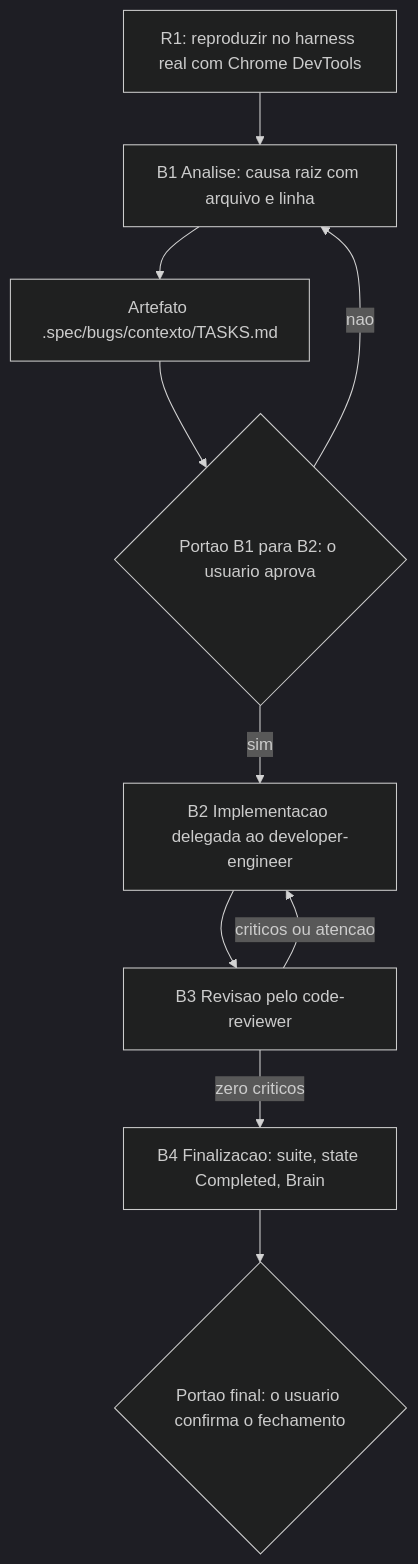
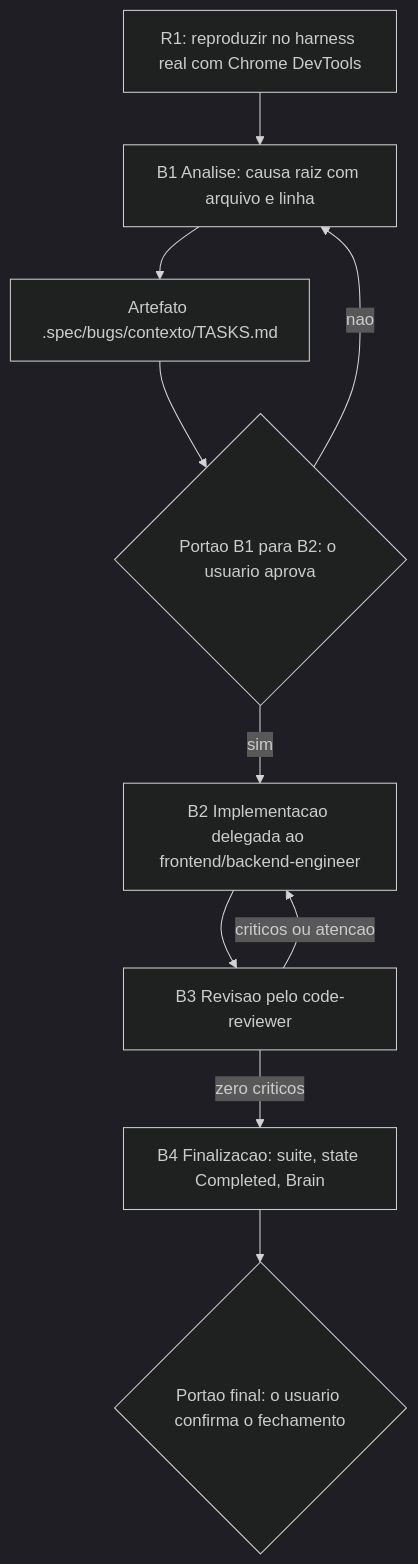
One commit to freitasjh/harness changed the fifth of 7 diagrams in docs/FUNCIONAMENTO.md. Above: the diagram before and after it, drawn with Mermaid (dark theme). The commit also changed other lines of this file and 29 other files, not shown here.

````diff
--- a/docs/FUNCIONAMENTO.md
+++ b/docs/FUNCIONAMENTO.md
@@ -431,12 +431,12 @@
 ```mermaid
 flowchart TD
     R1[R1: reproduzir no harness real com Chrome DevTools] --> B1[B1 Analise: causa raiz com arquivo e linha]
     B1 --> TASKS[Artefato .spec/bugs/contexto/TASKS.md]
     TASKS --> G1{Portao B1 para B2: o usuario aprova}
     G1 -->|nao| B1
-    G1 -->|sim| B2[B2 Implementacao delegada ao developer-engineer]
+    G1 -->|sim| B2[B2 Implementacao delegada ao frontend/backend-engineer]
     B2 --> B3[B3 Revisao pelo code-reviewer]
     B3 -->|criticos ou atencao| B2
     B3 -->|zero criticos| B4[B4 Finalizacao: suite, state Completed, Brain]
     B4 --> G2{Portao final: o usuario confirma o fechamento}
 ```
````
